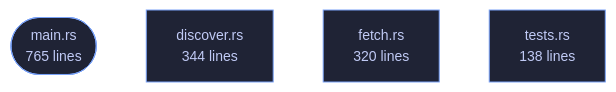
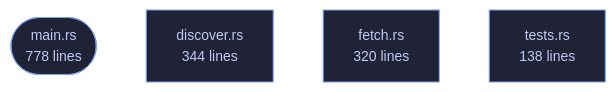
The diagram in crates/veilvoice-verify/README.md (tilas01/veilvoice), drawn with Mermaid before and after one commit. The commit also changed other lines of this file and 182 other files, not shown here.

````diff
--- a/crates/veilvoice-verify/README.md
+++ b/crates/veilvoice-verify/README.md
@@ -79,12 +93,12 @@
 ```mermaid
 %%{init: {"theme":"base","themeVariables":{"background":"#1a1b26","primaryColor":"#1f2335","primaryTextColor":"#c0caf5","primaryBorderColor":"#7aa2f7","secondaryColor":"#16161e","tertiaryColor":"#16161e","lineColor":"#737aa2","textColor":"#c0caf5","mainBkg":"#1f2335","nodeBorder":"#7aa2f7","clusterBkg":"#16161e","clusterBorder":"#2f3549","fontFamily":"ui-monospace, SFMono-Regular, Consolas, monospace","fontSize":"14px"}}}%%
 flowchart TD
-    n_main(["main.rs<br/>765 lines"])
+    n_main(["main.rs<br/>778 lines"])
     n_discover["discover.rs<br/>344 lines"]
     n_fetch["fetch.rs<br/>320 lines"]
     n_tests["tests.rs<br/>138 lines"]
     click n_main href "https://github.com/tilas01/veilvoice/blob/main/crates/veilvoice-verify/src/main.rs" "open the source"
     click n_discover href "https://github.com/tilas01/veilvoice/blob/main/crates/veilvoice-verify/src/discover.rs" "open the source"
     click n_fetch href "https://github.com/tilas01/veilvoice/blob/main/crates/veilvoice-verify/src/fetch.rs" "open the source"
     click n_tests href "https://github.com/tilas01/veilvoice/blob/main/crates/veilvoice-verify/src/tests.rs" "open the source"
 ```
````
